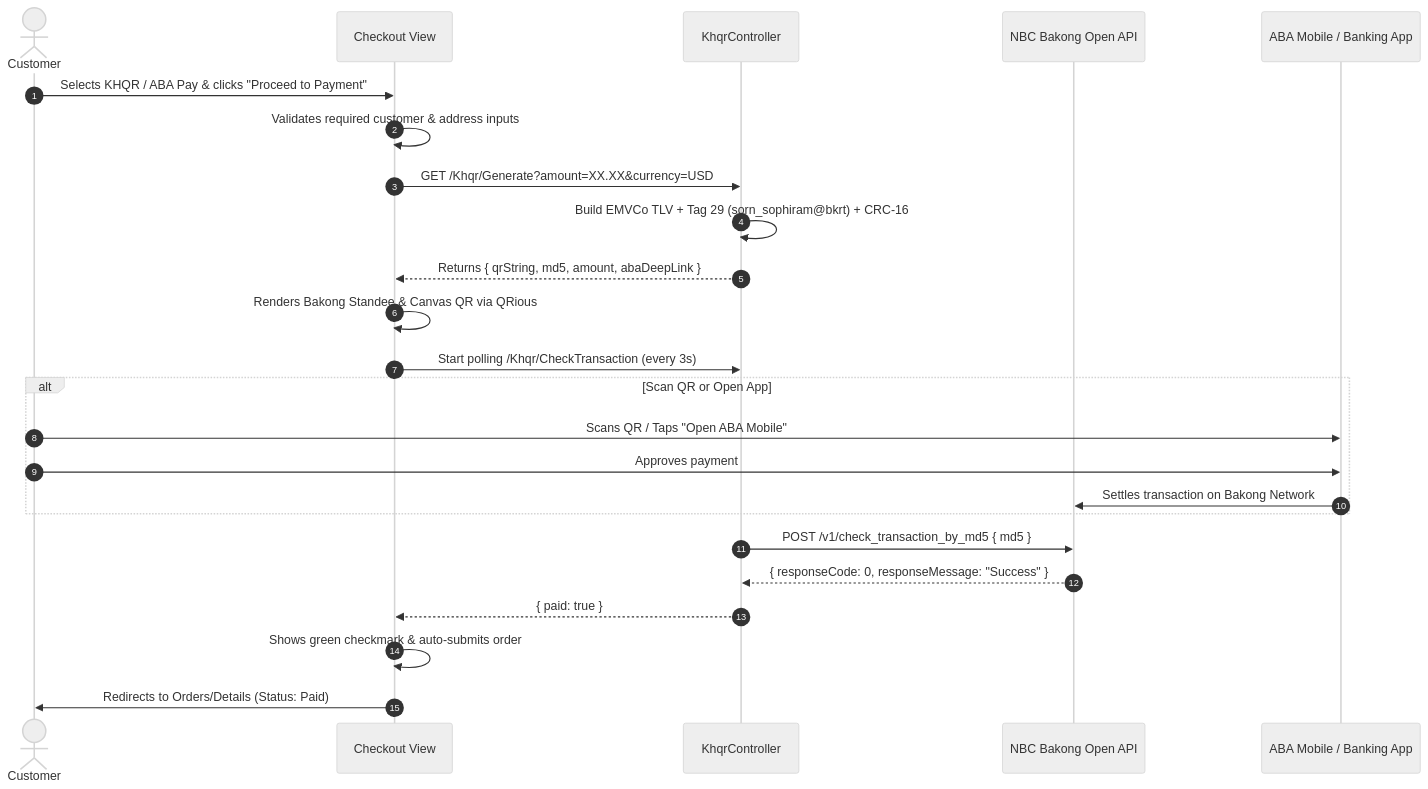
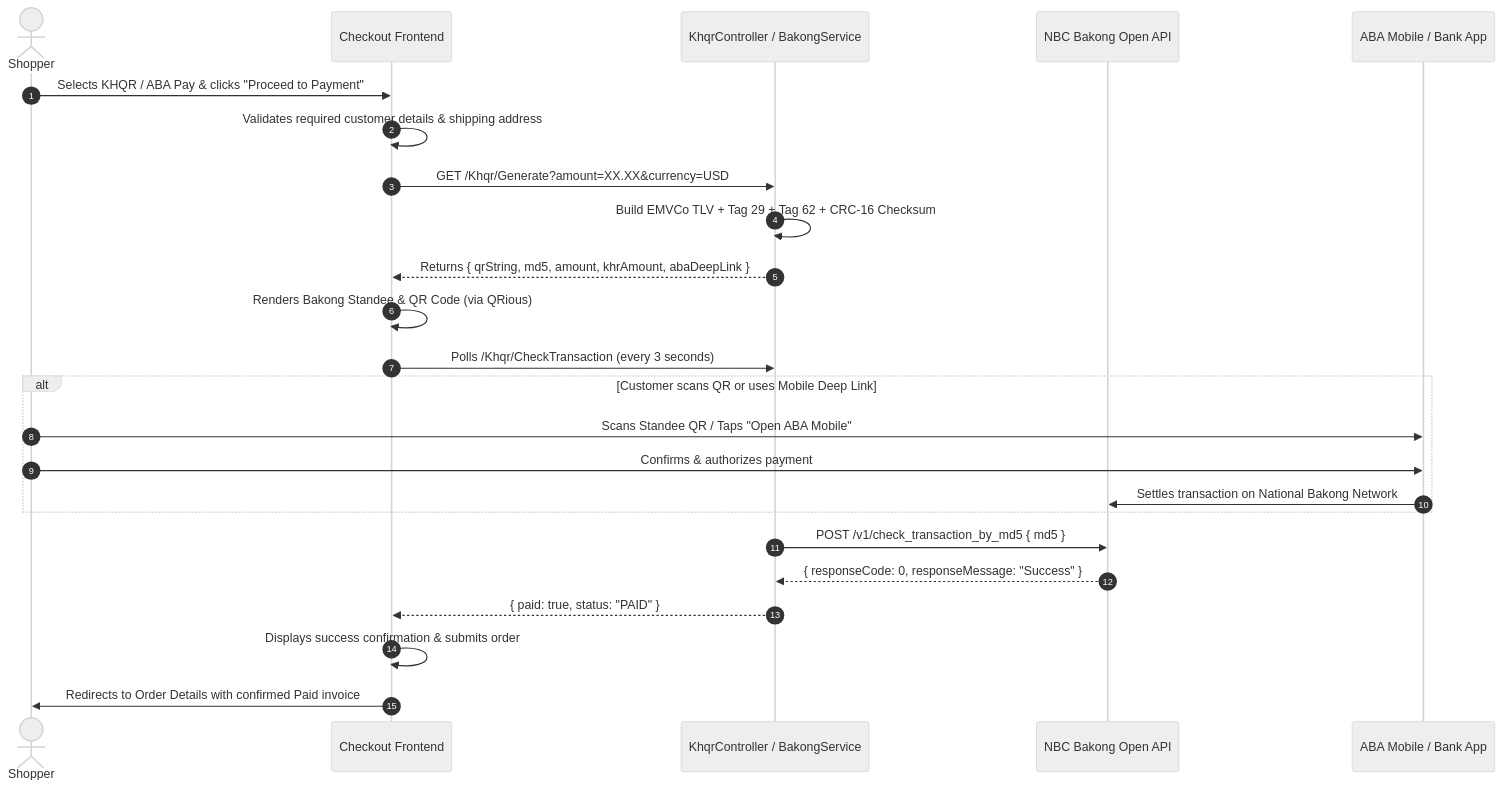
Before and after one commit to Sophiram/clothing_ecommerce_csharp: the diagram in README.md, drawn with Mermaid (neutral theme). The commit also changed other lines of this file, not shown here.

````diff
--- a/README.md
+++ b/README.md
@@ -177,29 +262,29 @@
 ```mermaid
 sequenceDiagram
     autonumber
-    actor Customer
-    participant UI as Checkout View
-    participant Server as KhqrController
+    actor Customer as Shopper
+    participant UI as Checkout Frontend
+    participant Server as KhqrController / BakongService
     participant Bakong as NBC Bakong Open API
-    participant App as ABA Mobile / Banking App
+    participant App as ABA Mobile / Bank App
 
     Customer->>UI: Selects KHQR / ABA Pay & clicks "Proceed to Payment"
-    UI->>UI: Validates required customer & address inputs
+    UI->>UI: Validates required customer details & shipping address
     UI->>Server: GET /Khqr/Generate?amount=XX.XX&currency=USD
-    Server->>Server: Build EMVCo TLV + Tag 29 (sorn_sophiram@bkrt) + CRC-16
-    Server-->>UI: Returns { qrString, md5, amount, abaDeepLink }
-    UI->>UI: Renders Bakong Standee & Canvas QR via QRious
-    UI->>Server: Start polling /Khqr/CheckTransaction (every 3s)
+    Server->>Server: Build EMVCo TLV + Tag 29 + Tag 62 + CRC-16 Checksum
+    Server-->>UI: Returns { qrString, md5, amount, khrAmount, abaDeepLink }
+    UI->>UI: Renders Bakong Standee & QR Code (via QRious)
+    UI->>Server: Polls /Khqr/CheckTransaction (every 3 seconds)
     
-    alt Scan QR or Open App
-        Customer->>App: Scans QR / Taps "Open ABA Mobile"
-        Customer->>App: Approves payment
-        App->>Bakong: Settles transaction on Bakong Network
+    alt Customer scans QR or uses Mobile Deep Link
+        Customer->>App: Scans Standee QR / Taps "Open ABA Mobile"
+        Customer->>App: Confirms & authorizes payment
+        App->>Bakong: Settles transaction on National Bakong Network
     end
 
     Server->>Bakong: POST /v1/check_transaction_by_md5 { md5 }
     Bakong-->>Server: { responseCode: 0, responseMessage: "Success" }
-    Server-->>UI: { paid: true }
-    UI->>UI: Shows green checkmark & auto-submits order
-    UI->>Customer: Redirects to Orders/Details (Status: Paid)
+    Server-->>UI: { paid: true, status: "PAID" }
+    UI->>UI: Displays success confirmation & submits order
+    UI->>Customer: Redirects to Order Details with confirmed Paid invoice
 ```
````
